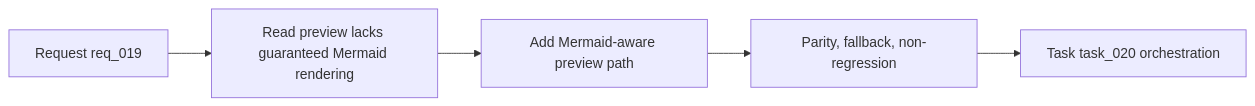
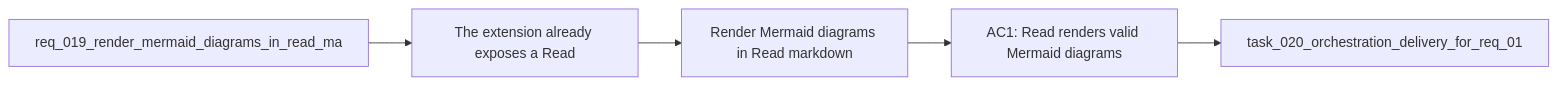
One commit to AlexAgo83/logics-manager changed the diagram in logics/backlog/item_019_render_mermaid_diagrams_in_read_markdown_view.md. Above: the diagram before and after it, drawn with Mermaid. The commit also changed 481 other files, not shown here.

````diff
--- a/logics/backlog/item_019_render_mermaid_diagrams_in_read_markdown_view.md
+++ b/logics/backlog/item_019_render_mermaid_diagrams_in_read_markdown_view.md
@@ -25,8 +25,9 @@
 ```mermaid
+%% logics-kind: backlog
 %% logics-signature: backlog|render-mermaid-diagrams-in-read-markdown|req-019-render-mermaid-diagrams-in-read-|the-extension-already-exposes-a-read|ac1-read-renders-valid-mermaid-diagrams
 flowchart LR
-    Req[Request req_019] --> Problem[Read preview lacks guaranteed Mermaid rendering]
-    Problem --> Scope[Add Mermaid-aware preview path]
-    Scope --> AC[Parity, fallback, non-regression]
-    AC --> Tasks[Task task_020 orchestration]
+    Request[req_019_render_mermaid_diagrams_in_read_ma] --> Problem[The extension already exposes a Read]
+    Problem --> Scope[Render Mermaid diagrams in Read markdown]
+    Scope --> Acceptance[AC1: Read renders valid Mermaid diagrams]
+    Acceptance --> Tasks[task_020_orchestration_delivery_for_req_01]
 ```
````
